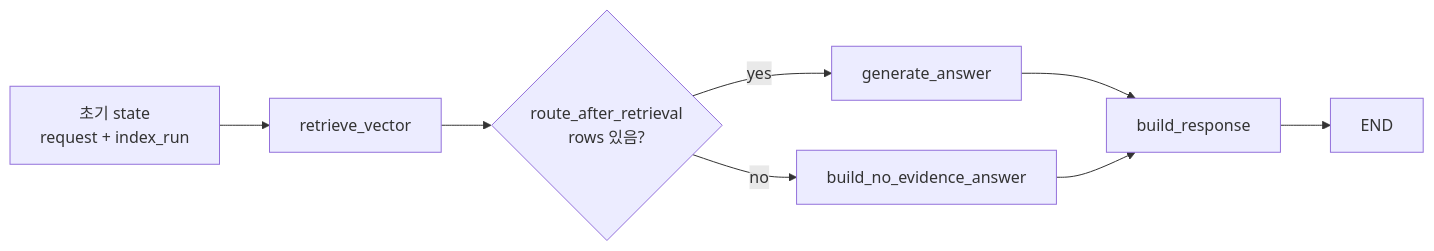
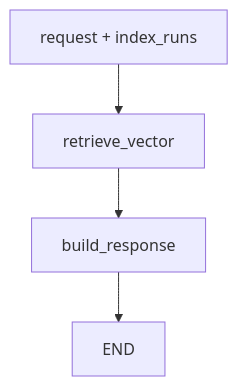
One commit to Jungle-303-04/warm-up changed the diagram in docs/rag_ask_flow.md. Above: the diagram before and after it, drawn with Mermaid. The commit also changed other lines of this file and 29 other files, not shown here.

````diff
--- a/docs/rag_ask_flow.md
+++ b/docs/rag_ask_flow.md
@@ -603,10 +222,6 @@
 ```mermaid
-flowchart LR
-    A["초기 state<br/>request + index_run"] --> B["retrieve_vector"]
-    B --> C{"route_after_retrieval<br/>rows 있음?"}
-    C -->|"yes"| D["generate_answer"]
-    C -->|"no"| E["build_no_evidence_answer"]
-    D --> F["build_response"]
-    E --> F
-    F --> G["END"]
+flowchart TD
+    A["request + index_runs"] --> B["retrieve_vector"]
+    B --> C["build_response"]
+    C --> D["END"]
 ```
````
